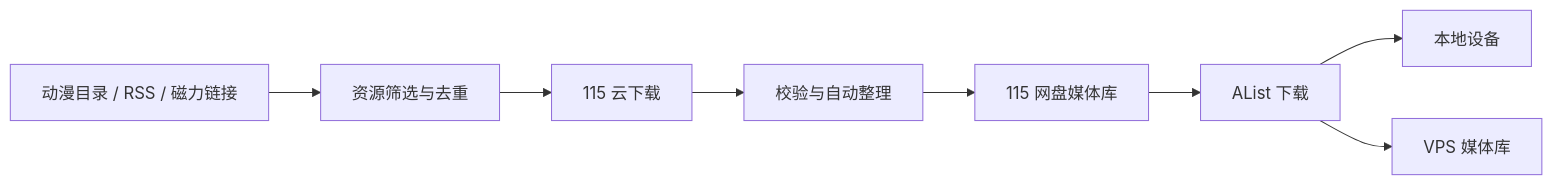
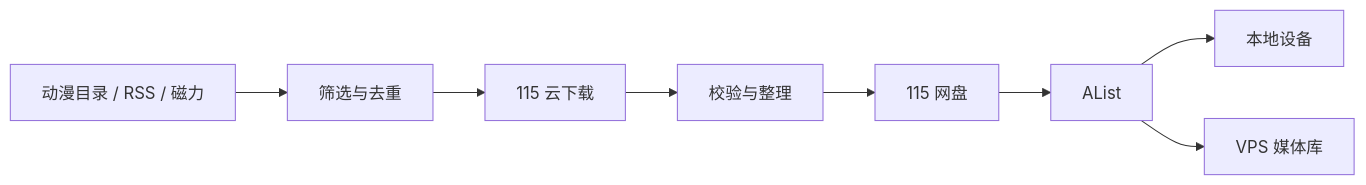
The diagram in README.md (yywyao/anime-115), drawn with Mermaid before and after one commit. The commit also changed other lines of this file and 1 other file, not shown here.

````diff
--- a/README.md
+++ b/README.md
@@ -23,10 +59,10 @@
 ```mermaid
 flowchart LR
-    A["动漫目录 / RSS / 磁力链接"] --> B["资源筛选与去重"]
+    A["动漫目录 / RSS / 磁力"] --> B["筛选与去重"]
     B --> C["115 云下载"]
-    C --> D["校验与自动整理"]
-    D --> E["115 网盘媒体库"]
-    E --> F["AList 下载"]
+    C --> D["校验与整理"]
+    D --> E["115 网盘"]
+    E --> F["AList"]
     F --> G["本地设备"]
     F --> H["VPS 媒体库"]
 ```
````
